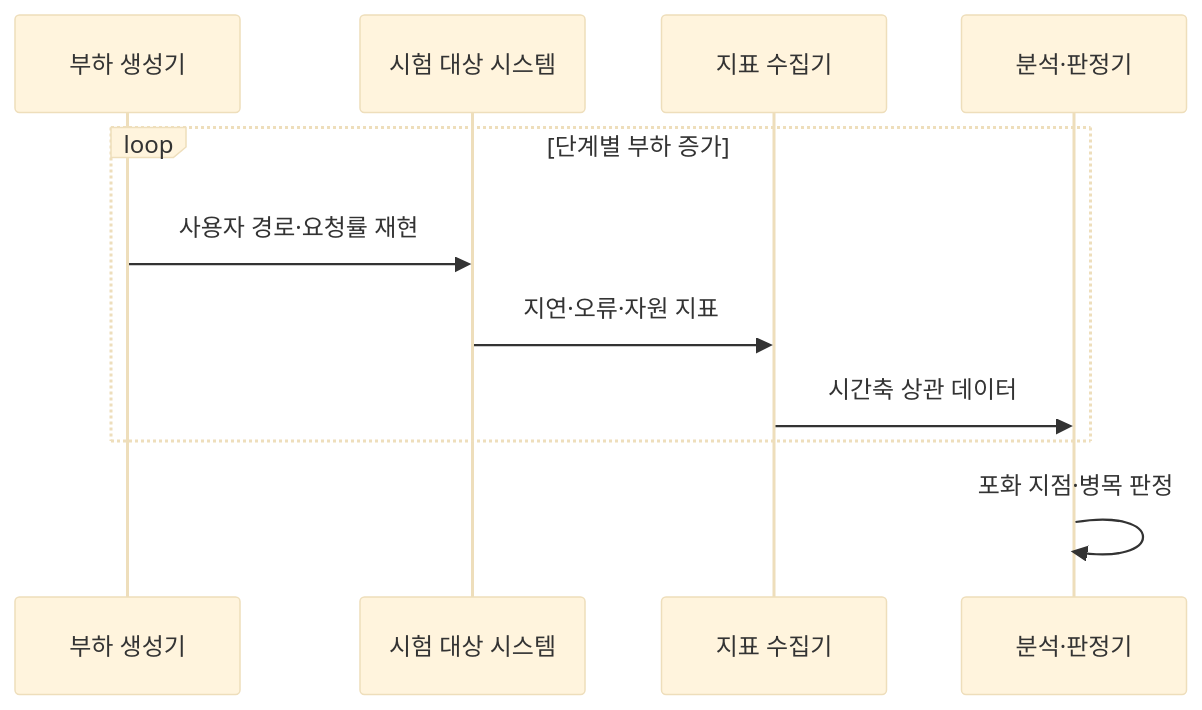
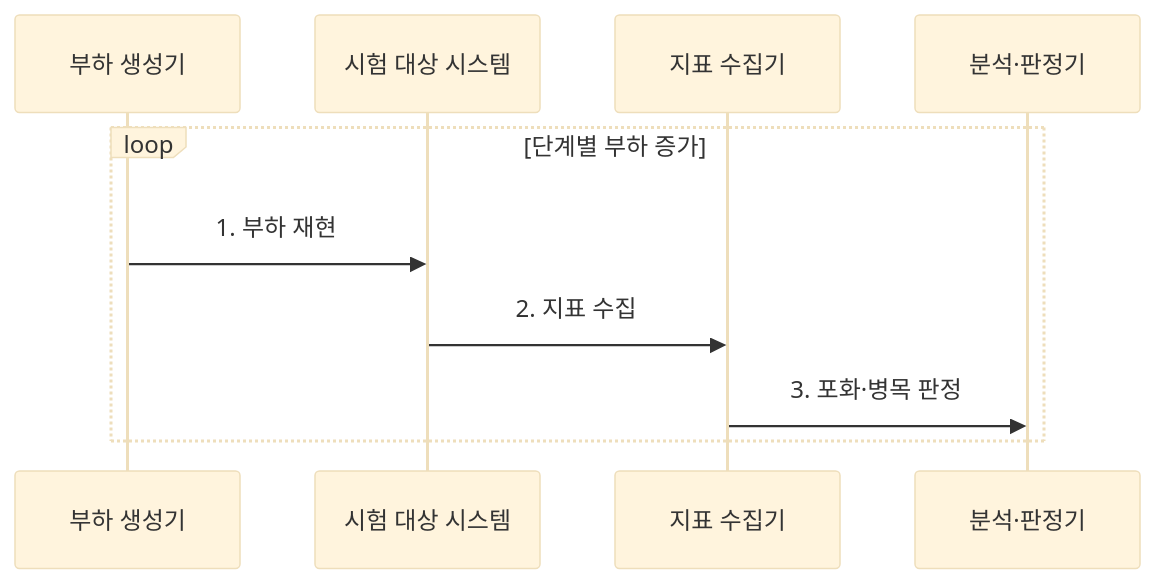
One commit to agnusdei1207/knowledge-base changed the second of 2 diagrams in src/content/docs/notes/03-software/222_performance_test_metrics.md. Above: the diagram before and after it, drawn with Mermaid (base theme). The commit also changed other lines of this file and 20 other files, not shown here.

````diff
--- a/src/content/docs/notes/03-software/222_performance_test_metrics.md
+++ b/src/content/docs/notes/03-software/222_performance_test_metrics.md
@@ -76,13 +81,13 @@
 ```mermaid
 sequenceDiagram
     participant G as 부하 생성기
     participant S as 시험 대상 시스템
     participant M as 지표 수집기
     participant A as 분석·판정기
     loop 단계별 부하 증가
-        G->>S: 사용자 경로·요청률 재현
-        S->>M: 지연·오류·자원 지표
-        M->>A: 시간축 상관 데이터
+        G->>S: 1. 부하 재현
+        S->>M: 2. 지표 수집
+        M->>A: 3. 포화·병목 판정
     end
-    A->>A: 포화 지점·병목 판정
+
 ```
````
